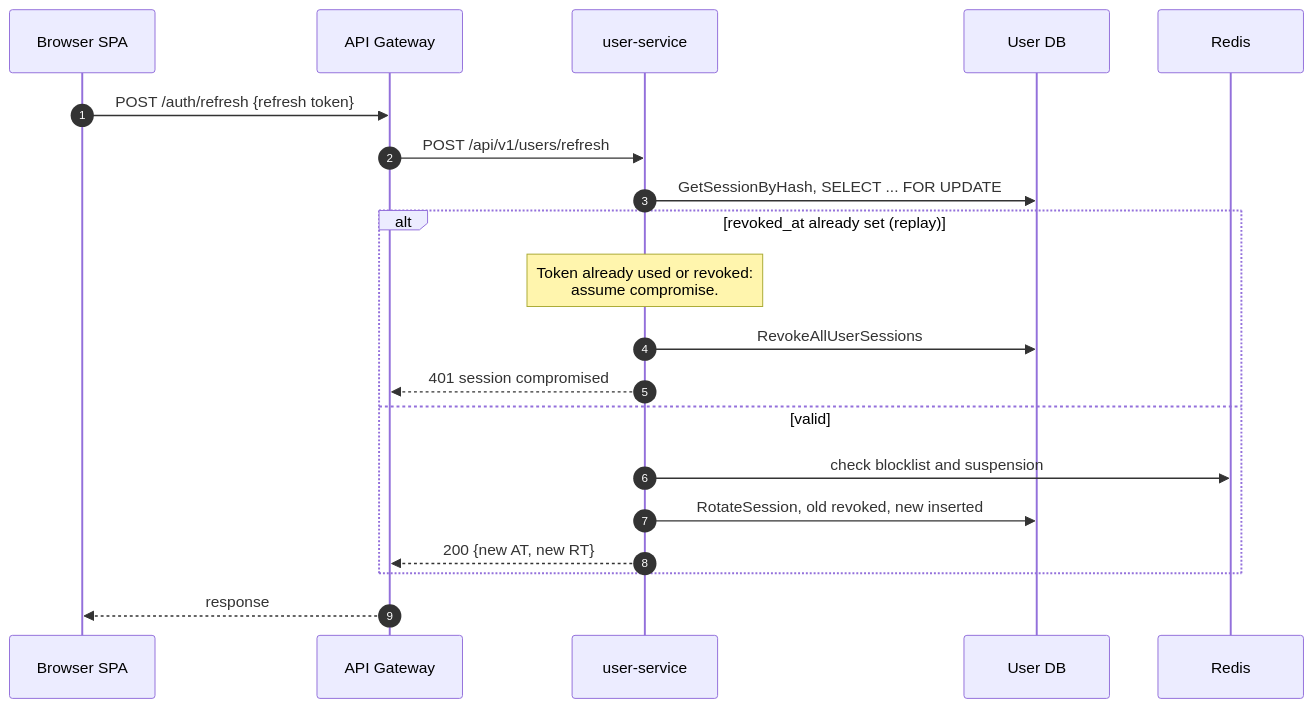
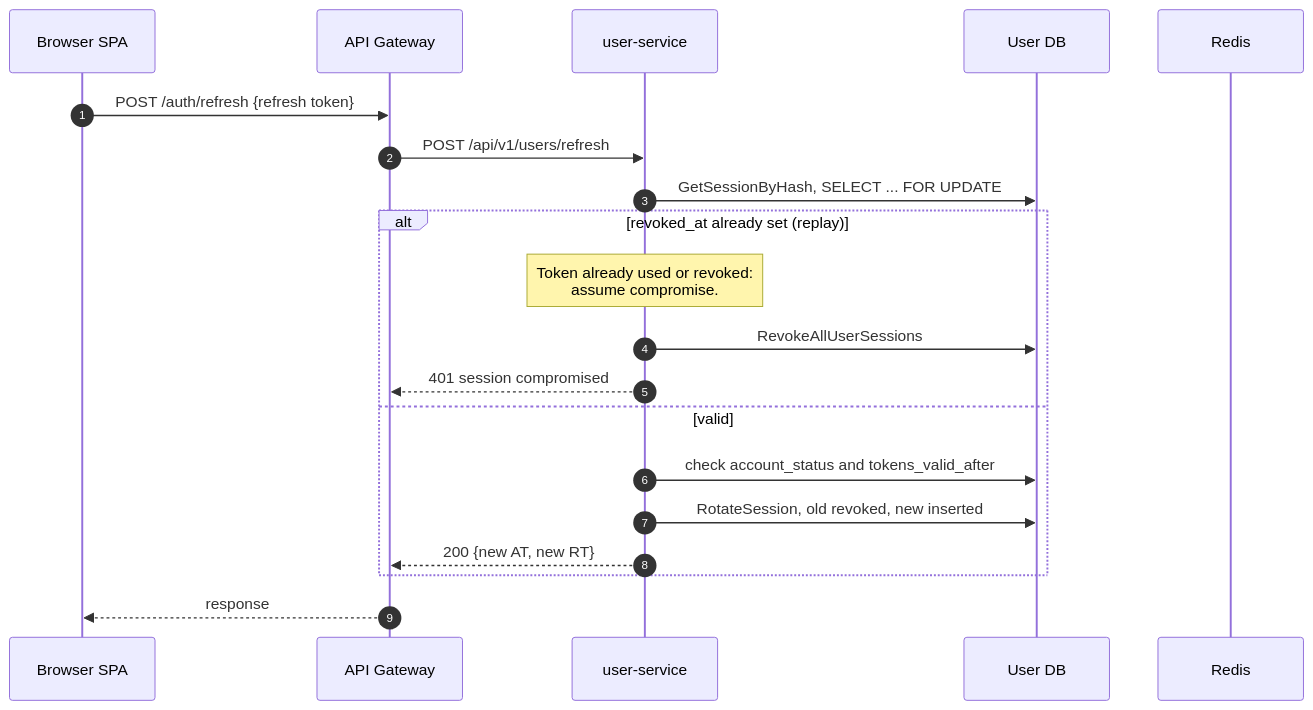
Before and after one commit to AY2627S1-CS3219-P2/FoC: the fourth of 6 diagrams in ai/decisions/architecture.md, drawn with Mermaid. The commit also changed other lines of this file and 1 other file, not shown here.

First line of the commit message:
docs(decisions): correct two diagram errors and record who checks revocation

````diff
--- a/ai/decisions/architecture.md
+++ b/ai/decisions/architecture.md
@@ -149,23 +152,23 @@
 ```mermaid
 sequenceDiagram
     autonumber
     participant UI as Browser SPA
     participant GW as API Gateway
     participant US as user-service
     participant DB as User DB
     participant RDS as Redis
 
     UI->>GW: POST /auth/refresh {refresh token}
     GW->>US: POST /api/v1/users/refresh
     US->>DB: GetSessionByHash, SELECT ... FOR UPDATE
     alt revoked_at already set (replay)
         Note over US: Token already used or revoked:<br/>assume compromise.
         US->>DB: RevokeAllUserSessions
         US-->>GW: 401 session compromised
     else valid
-        US->>RDS: check blocklist and suspension
+        US->>DB: check account_status and tokens_valid_after
         US->>DB: RotateSession, old revoked, new inserted
         US-->>GW: 200 {new AT, new RT}
     end
     GW-->>UI: response
 ```
````
